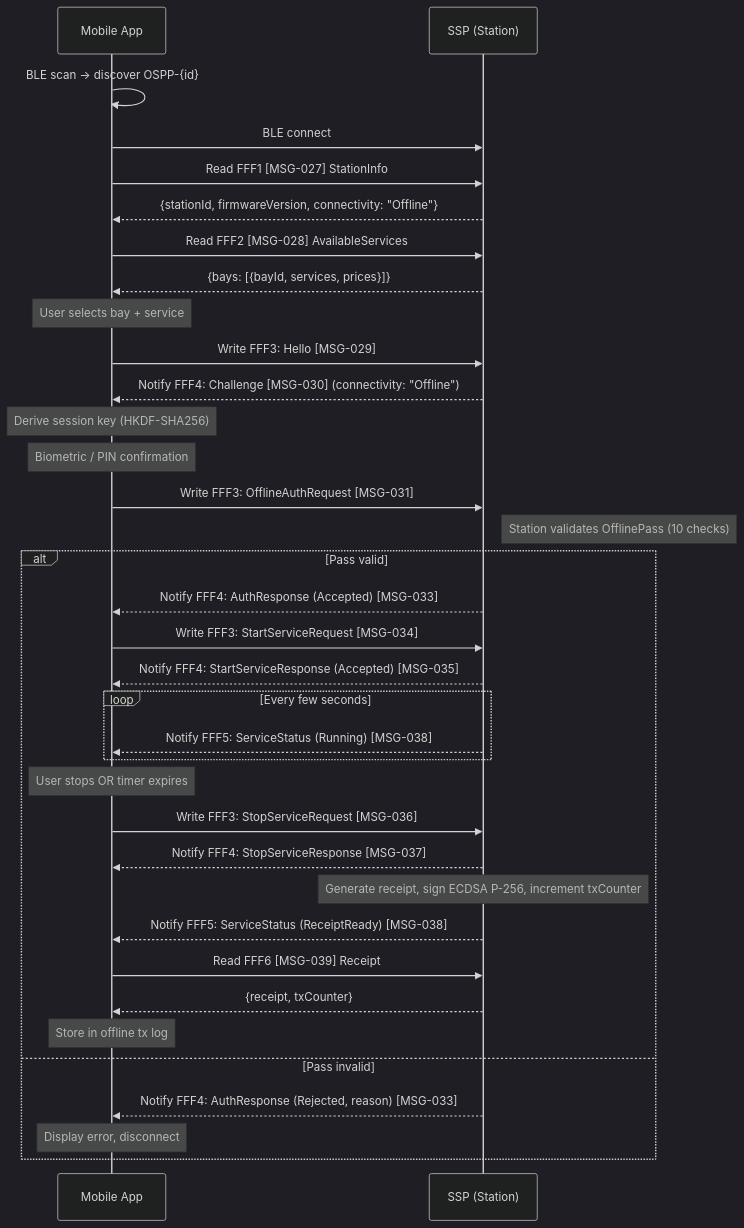
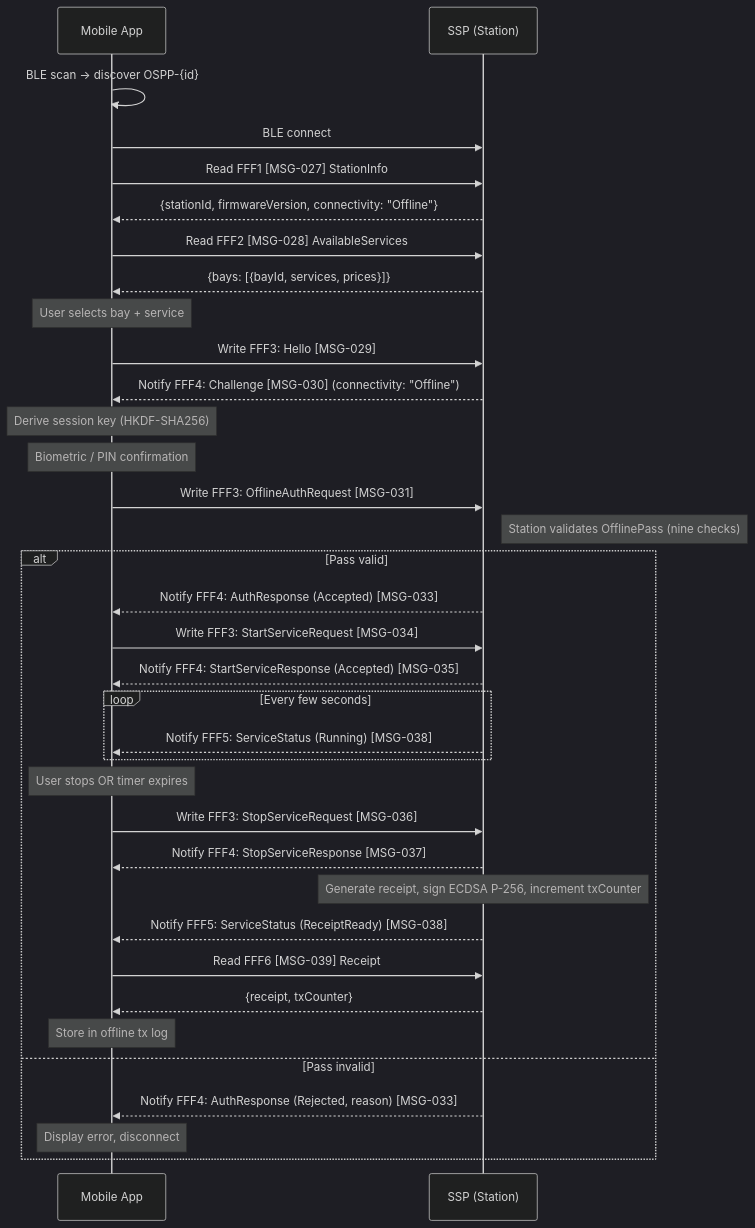
Before and after one commit to ospp-org/spec: the fifth of 19 diagrams in spec/04-flows.md, drawn with Mermaid (dark theme). The commit also changed other lines of this file and 22 other files, not shown here.

````diff
--- a/spec/04-flows.md
+++ b/spec/04-flows.md
@@ -737,50 +737,50 @@
 ```mermaid
 sequenceDiagram
     participant App as Mobile App
     participant SSP as SSP (Station)
 
     App->>App: BLE scan → discover OSPP-{id}
     App->>SSP: BLE connect
 
     App->>SSP: Read FFF1 [MSG-027] StationInfo
     SSP-->>App: {stationId, firmwareVersion, connectivity: "Offline"}
     App->>SSP: Read FFF2 [MSG-028] AvailableServices
     SSP-->>App: {bays: [{bayId, services, prices}]}
 
     Note over App: User selects bay + service
 
     App->>SSP: Write FFF3: Hello [MSG-029]
     SSP-->>App: Notify FFF4: Challenge [MSG-030] (connectivity: "Offline")
 
     Note over App: Derive session key (HKDF-SHA256)
     Note over App: Biometric / PIN confirmation
 
     App->>SSP: Write FFF3: OfflineAuthRequest [MSG-031]
-    Note right of SSP: Station validates OfflinePass (10 checks)
+    Note right of SSP: Station validates OfflinePass (nine checks)
 
     alt Pass valid
         SSP-->>App: Notify FFF4: AuthResponse (Accepted) [MSG-033]
 
         App->>SSP: Write FFF3: StartServiceRequest [MSG-034]
         SSP-->>App: Notify FFF4: StartServiceResponse (Accepted) [MSG-035]
 
         loop Every few seconds
             SSP-->>App: Notify FFF5: ServiceStatus (Running) [MSG-038]
         end
 
         Note over App: User stops OR timer expires
         App->>SSP: Write FFF3: StopServiceRequest [MSG-036]
         SSP-->>App: Notify FFF4: StopServiceResponse [MSG-037]
 
         Note over SSP: Generate receipt, sign ECDSA P-256, increment txCounter
         SSP-->>App: Notify FFF5: ServiceStatus (ReceiptReady) [MSG-038]
 
         App->>SSP: Read FFF6 [MSG-039] Receipt
         SSP-->>App: {receipt, txCounter}
         Note over App: Store in offline tx log
 
     else Pass invalid
         SSP-->>App: Notify FFF4: AuthResponse (Rejected, reason) [MSG-033]
         Note over App: Display error, disconnect
     end
 ```
````
